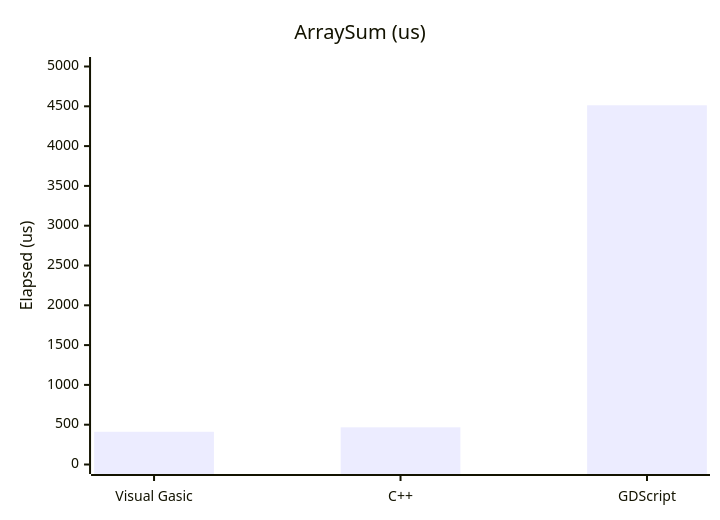
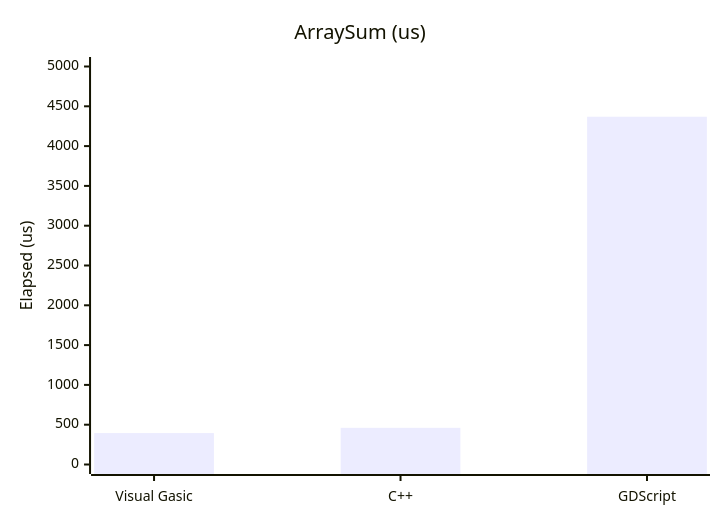
Before and after one commit to xgreenrx-star/VisualGasic: the second of 11 diagrams in docs/manual/performance.md, drawn with Mermaid. The commit also changed other lines of this file and 8 other files, not shown here.

````diff
--- a/docs/manual/performance.md
+++ b/docs/manual/performance.md
@@ -82,7 +89,7 @@
 ```mermaid
 xychart-beta
     title "ArraySum (us)"
     x-axis ["Visual Gasic","C++","GDScript"]
     y-axis "Elapsed (us)" 0 --> 5000
-    bar [411,467,4513]
+    bar [395,461,4369]
 ```
````
